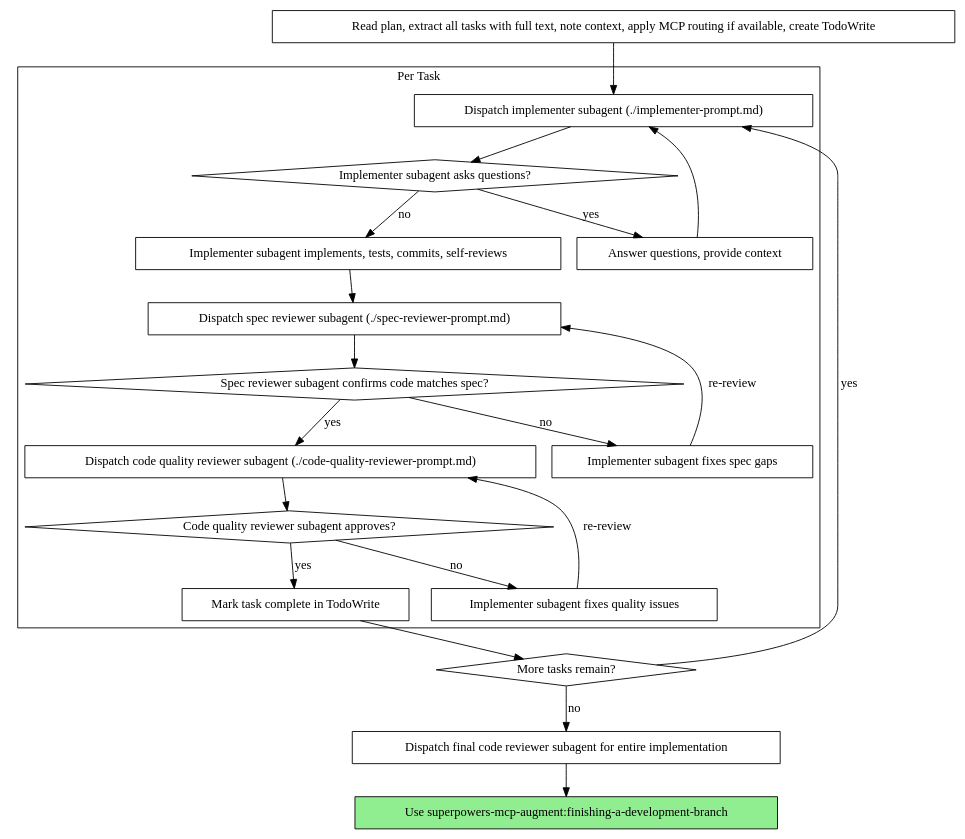
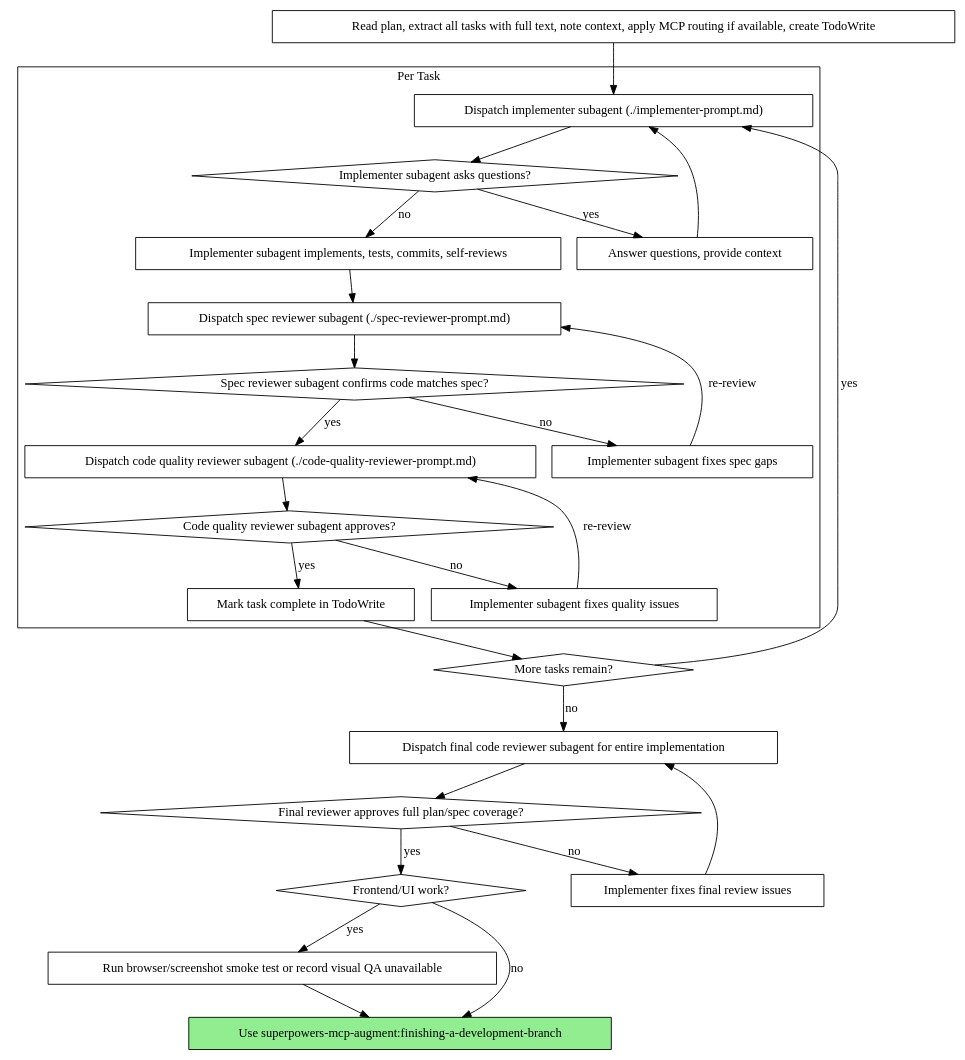
One commit to Penz7/superpowers-mcp-augment changed the second of 2 diagrams in plugins/superpowers-mcp-augment/skills/subagent-driven-development/SKILL.md. Above: the diagram before and after it, drawn with Graphviz. The commit also changed other lines of this file and 11 other files, not shown here.

Commit message:
fix: enforce subagent review coverage

````diff
--- a/plugins/superpowers-mcp-augment/skills/subagent-driven-development/SKILL.md
+++ b/plugins/superpowers-mcp-augment/skills/subagent-driven-development/SKILL.md
@@ -44,44 +65,54 @@
 ```dot
 digraph process {
     rankdir=TB;
 
     subgraph cluster_per_task {
         label="Per Task";
         "Dispatch implementer subagent (./implementer-prompt.md)" [shape=box];
         "Implementer subagent asks questions?" [shape=diamond];
         "Answer questions, provide context" [shape=box];
         "Implementer subagent implements, tests, commits, self-reviews" [shape=box];
         "Dispatch spec reviewer subagent (./spec-reviewer-prompt.md)" [shape=box];
         "Spec reviewer subagent confirms code matches spec?" [shape=diamond];
         "Implementer subagent fixes spec gaps" [shape=box];
         "Dispatch code quality reviewer subagent (./code-quality-reviewer-prompt.md)" [shape=box];
         "Code quality reviewer subagent approves?" [shape=diamond];
         "Implementer subagent fixes quality issues" [shape=box];
         "Mark task complete in TodoWrite" [shape=box];
     }
 
     "Read plan, extract all tasks with full text, note context, apply MCP routing if available, create TodoWrite" [shape=box];
     "More tasks remain?" [shape=diamond];
     "Dispatch final code reviewer subagent for entire implementation" [shape=box];
+    "Final reviewer approves full plan/spec coverage?" [shape=diamond];
+    "Implementer fixes final review issues" [shape=box];
+    "Frontend/UI work?" [shape=diamond];
+    "Run browser/screenshot smoke test or record visual QA unavailable" [shape=box];
     "Use superpowers-mcp-augment:finishing-a-development-branch" [shape=box style=filled fillcolor=lightgreen];
 
     "Read plan, extract all tasks with full text, note context, apply MCP routing if available, create TodoWrite" -> "Dispatch implementer subagent (./implementer-prompt.md)";
     "Dispatch implementer subagent (./implementer-prompt.md)" -> "Implementer subagent asks questions?";
     "Implementer subagent asks questions?" -> "Answer questions, provide context" [label="yes"];
     "Answer questions, provide context" -> "Dispatch implementer subagent (./implementer-prompt.md)";
     "Implementer subagent asks questions?" -> "Implementer subagent implements, tests, commits, self-reviews" [label="no"];
     "Implementer subagent implements, tests, commits, self-reviews" -> "Dispatch spec reviewer subagent (./spec-reviewer-prompt.md)";
     "Dispatch spec reviewer subagent (./spec-reviewer-prompt.md)" -> "Spec reviewer subagent confirms code matches spec?";
     "Spec reviewer subagent confirms code matches spec?" -> "Implementer subagent fixes spec gaps" [label="no"];
     "Implementer subagent fixes spec gaps" -> "Dispatch spec reviewer subagent (./spec-reviewer-prompt.md)" [label="re-review"];
     "Spec reviewer subagent confirms code matches spec?" -> "Dispatch code quality reviewer subagent (./code-quality-reviewer-prompt.md)" [label="yes"];
     "Dispatch code quality reviewer subagent (./code-quality-reviewer-prompt.md)" -> "Code quality reviewer subagent approves?";
     "Code quality reviewer subagent approves?" -> "Implementer subagent fixes quality issues" [label="no"];
     "Implementer subagent fixes quality issues" -> "Dispatch code quality reviewer subagent (./code-quality-reviewer-prompt.md)" [label="re-review"];
     "Code quality reviewer subagent approves?" -> "Mark task complete in TodoWrite" [label="yes"];
     "Mark task complete in TodoWrite" -> "More tasks remain?";
     "More tasks remain?" -> "Dispatch implementer subagent (./implementer-prompt.md)" [label="yes"];
     "More tasks remain?" -> "Dispatch final code reviewer subagent for entire implementation" [label="no"];
-    "Dispatch final code reviewer subagent for entire implementation" -> "Use superpowers-mcp-augment:finishing-a-development-branch";
+    "Dispatch final code reviewer subagent for entire implementation" -> "Final reviewer approves full plan/spec coverage?";
+    "Final reviewer approves full plan/spec coverage?" -> "Implementer fixes final review issues" [label="no"];
+    "Implementer fixes final review issues" -> "Dispatch final code reviewer subagent for entire implementation";
+    "Final reviewer approves full plan/spec coverage?" -> "Frontend/UI work?" [label="yes"];
+    "Frontend/UI work?" -> "Run browser/screenshot smoke test or record visual QA unavailable" [label="yes"];
+    "Frontend/UI work?" -> "Use superpowers-mcp-augment:finishing-a-development-branch" [label="no"];
+    "Run browser/screenshot smoke test or record visual QA unavailable" -> "Use superpowers-mcp-augment:finishing-a-development-branch";
 }
 ```
````
